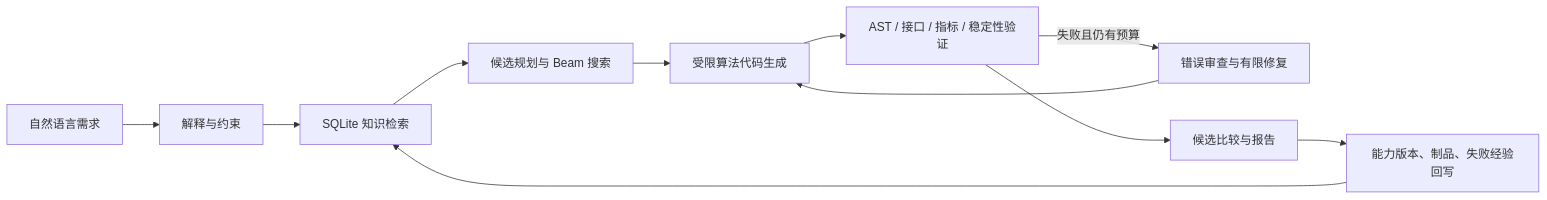
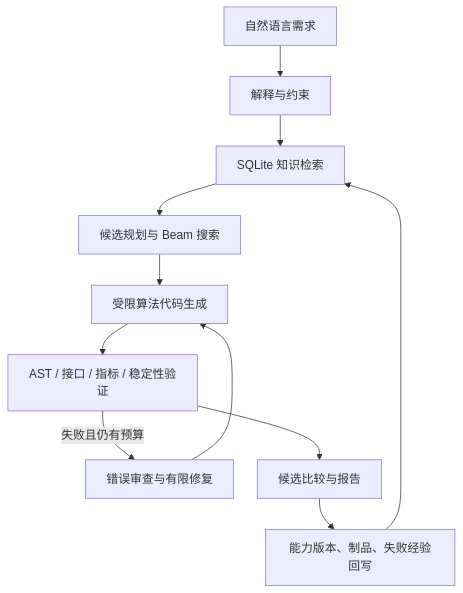
One commit to dengdeng55525/axiomforge changed the diagram in README.md. Above: the diagram before and after it, drawn with Mermaid.

Commit message:
docs: orient workflow diagram vertically

````diff
--- a/README.md
+++ b/README.md
@@ -127,13 +127,14 @@
 ```mermaid
-flowchart LR
+%%{init: {"themeVariables": {"fontSize": "16px"}, "flowchart": {"nodeSpacing": 32, "rankSpacing": 42, "padding": 14}}}%%
+flowchart TD
     A[自然语言需求] --> B[解释与约束]
     B --> C[SQLite 知识检索]
     C --> D[候选规划与 Beam 搜索]
     D --> E[受限算法代码生成]
     E --> F[AST / 接口 / 指标 / 稳定性验证]
     F -->|失败且仍有预算| G[错误审查与有限修复]
     G --> E
     F --> H[候选比较与报告]
     H --> I[能力版本、制品、失败经验回写]
     I --> C
 ```
````
